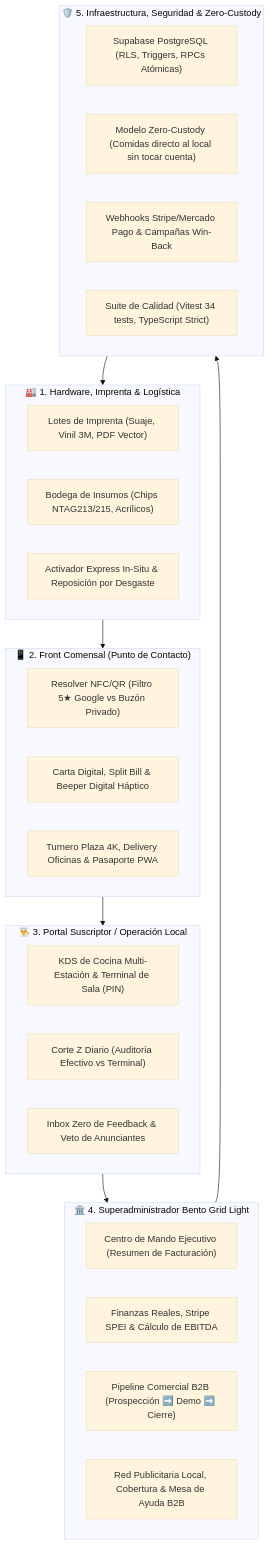
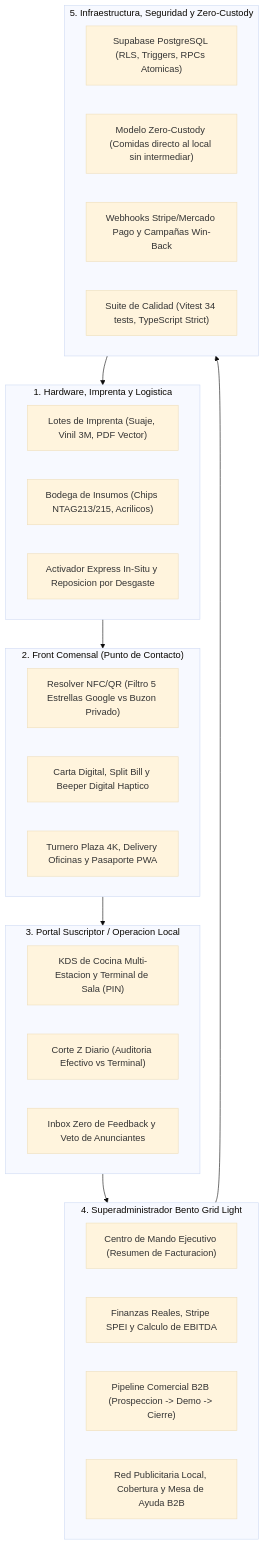
The first of 2 diagrams in docs/FRAMEWORK_DOCUMENTAL.md (arteagaescorza-dev/google-reviews-nfc), drawn with Mermaid (base theme) before and after one commit. The commit also changed other lines of this file and 3 other files, not shown here.

````diff
--- a/docs/FRAMEWORK_DOCUMENTAL.md
+++ b/docs/FRAMEWORK_DOCUMENTAL.md
@@ -18,40 +18,40 @@
 ```mermaid
 graph TD
-    subgraph CAPA1 ["🏭 1. Hardware, Imprenta & Logística"]
+    subgraph CAPA1 ["1. Hardware, Imprenta y Logistica"]
         C1A["Lotes de Imprenta (Suaje, Vinil 3M, PDF Vector)"]
-        C1B["Bodega de Insumos (Chips NTAG213/215, Acrílicos)"]
-        C1C["Activador Express In-Situ & Reposición por Desgaste"]
+        C1B["Bodega de Insumos (Chips NTAG213/215, Acrilicos)"]
+        C1C["Activador Express In-Situ y Reposicion por Desgaste"]
     end
 
-    subgraph CAPA2 ["📱 2. Front Comensal (Punto de Contacto)"]
-        C2A["Resolver NFC/QR (Filtro 5★ Google vs Buzón Privado)"]
-        C2B["Carta Digital, Split Bill & Beeper Digital Háptico"]
-        C2C["Turnero Plaza 4K, Delivery Oficinas & Pasaporte PWA"]
+    subgraph CAPA2 ["2. Front Comensal (Punto de Contacto)"]
+        C2A["Resolver NFC/QR (Filtro 5 Estrellas Google vs Buzon Privado)"]
+        C2B["Carta Digital, Split Bill y Beeper Digital Haptico"]
+        C2C["Turnero Plaza 4K, Delivery Oficinas y Pasaporte PWA"]
     end
 
-    subgraph CAPA3 ["👨‍🍳 3. Portal Suscriptor / Operación Local"]
-        C3A["KDS de Cocina Multi-Estación & Terminal de Sala (PIN)"]
-        C3B["Corte Z Diario (Auditoría Efectivo vs Terminal)"]
-        C3C["Inbox Zero de Feedback & Veto de Anunciantes"]
+    subgraph CAPA3 ["3. Portal Suscriptor / Operacion Local"]
+        C3A["KDS de Cocina Multi-Estacion y Terminal de Sala (PIN)"]
+        C3B["Corte Z Diario (Auditoria Efectivo vs Terminal)"]
+        C3C["Inbox Zero de Feedback y Veto de Anunciantes"]
     end
 
-    subgraph CAPA4 ["🏛️ 4. Superadministrador Bento Grid Light"]
-        C4A["Centro de Mando Ejecutivo (Resumen de Facturación)"]
-        C4B["Finanzas Reales, Stripe SPEI & Cálculo de EBITDA"]
-        C4C["Pipeline Comercial B2B (Prospección ➡️ Demo ➡️ Cierre)"]
-        C4D["Red Publicitaria Local, Cobertura & Mesa de Ayuda B2B"]
+    subgraph CAPA4 ["4. Superadministrador Bento Grid Light"]
+        C4A["Centro de Mando Ejecutivo (Resumen de Facturacion)"]
+        C4B["Finanzas Reales, Stripe SPEI y Calculo de EBITDA"]
+        C4C["Pipeline Comercial B2B (Prospeccion -> Demo -> Cierre)"]
+        C4D["Red Publicitaria Local, Cobertura y Mesa de Ayuda B2B"]
     end
 
-    subgraph CAPA5 ["🛡️ 5. Infraestructura, Seguridad & Zero-Custody"]
-        C5A["Supabase PostgreSQL (RLS, Triggers, RPCs Atómicas)"]
-        C5B["Modelo Zero-Custody (Comidas directo al local sin tocar cuenta)"]
-        C5C["Webhooks Stripe/Mercado Pago & Campañas Win-Back"]
+    subgraph CAPA5 ["5. Infraestructura, Seguridad y Zero-Custody"]
+        C5A["Supabase PostgreSQL (RLS, Triggers, RPCs Atomicas)"]
+        C5B["Modelo Zero-Custody (Comidas directo al local sin intermediar)"]
+        C5C["Webhooks Stripe/Mercado Pago y Campañas Win-Back"]
         C5D["Suite de Calidad (Vitest 34 tests, TypeScript Strict)"]
     end
 
     CAPA1 --> CAPA2
     CAPA2 --> CAPA3
     CAPA3 --> CAPA4
     CAPA4 --> CAPA5
     CAPA5 --> CAPA1
 ```
````
